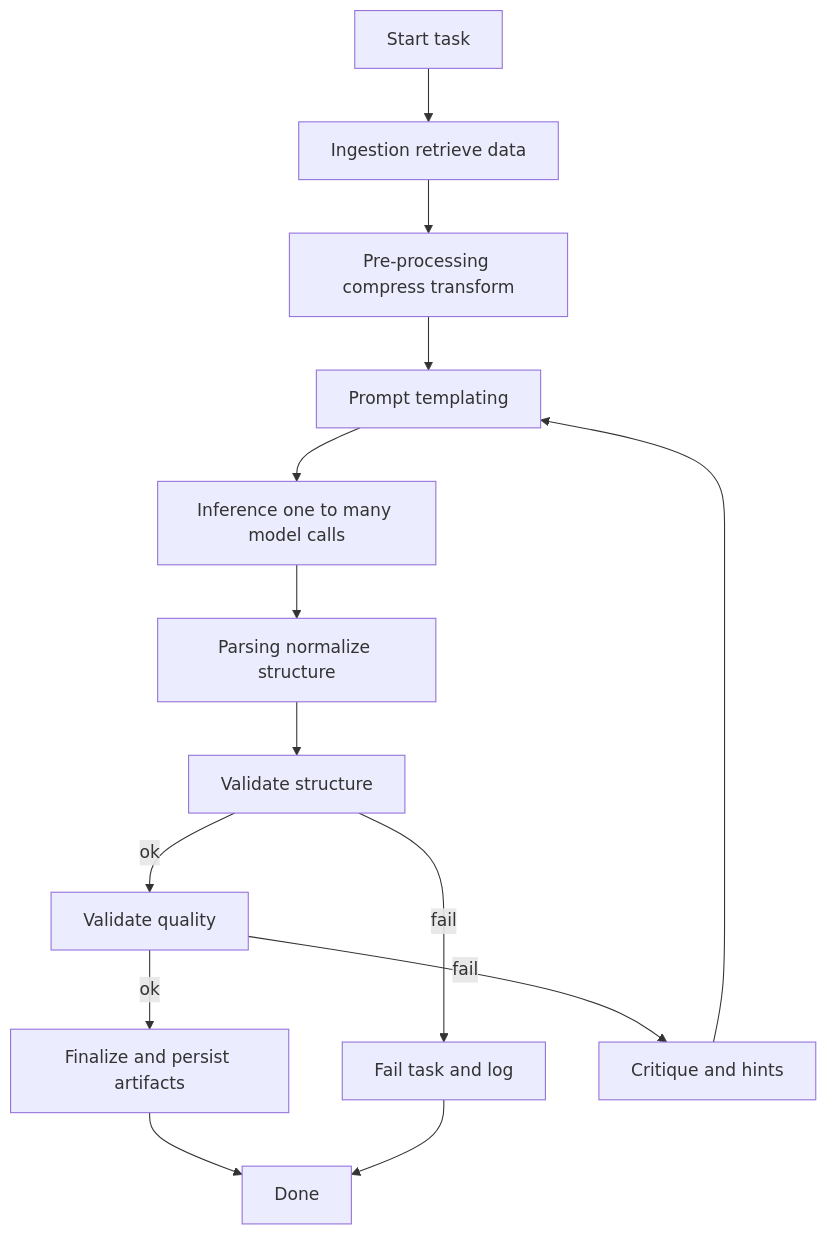
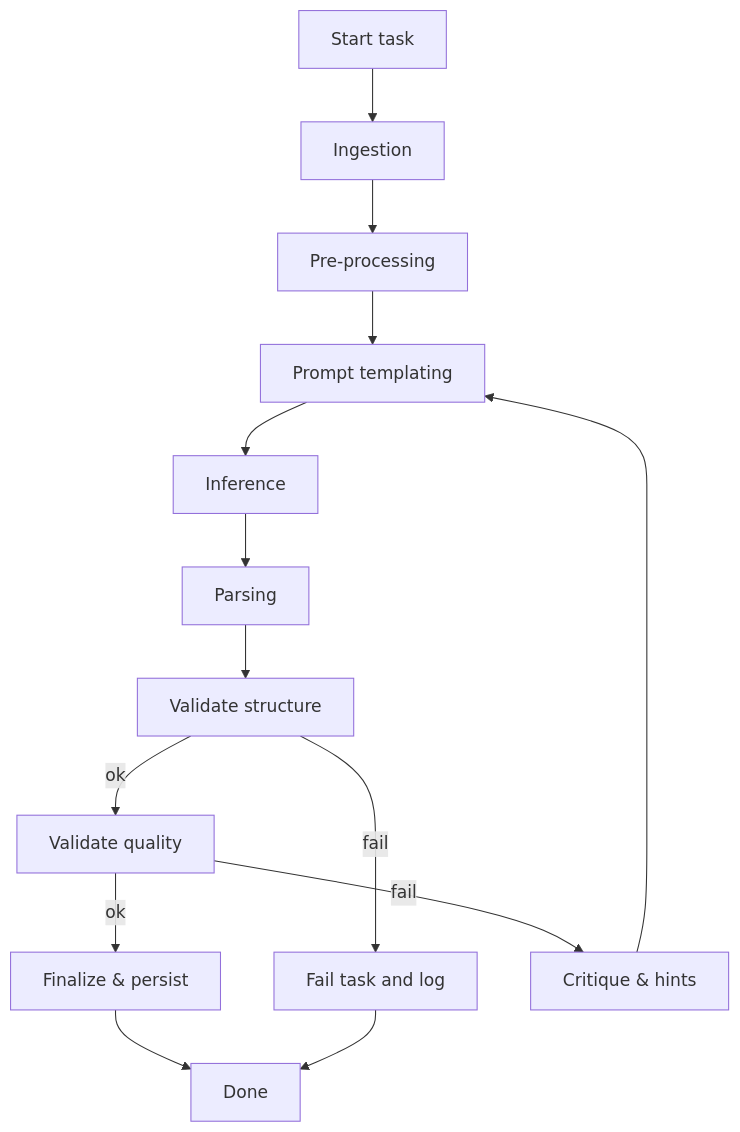
The second of 2 diagrams in README.md (ryan-mahoney/prompt-orchestration-pipeline), drawn with Mermaid before and after one commit. The commit also changed other lines of this file, not shown here.

````diff
--- a/README.md
+++ b/README.md
@@ -97,16 +88,16 @@
 ```mermaid
 flowchart TD
-  S[Start task] --> I1[Ingestion retrieve data]
-  I1 --> P1[Pre-processing compress transform]
+  S[Start task] --> I1[Ingestion]
+  I1 --> P1[Pre‑processing]
   P1 --> T1[Prompt templating]
-  T1 --> INF[Inference one to many model calls]
-  INF --> PAR[Parsing normalize structure]
+  T1 --> INF[Inference]
+  INF --> PAR[Parsing]
   PAR --> VS[Validate structure]
   VS -->|ok| VQ[Validate quality]
   VS -->|fail| ERR[Fail task and log]
-  VQ -->|ok| FIN[Finalize and persist artifacts]
-  VQ -->|fail| HINTS[Critique and hints]
+  VQ -->|ok| FIN[Finalize & persist]
+  VQ -->|fail| HINTS[Critique & hints]
   HINTS --> T1
   FIN --> DONE[Done]
   ERR --> DONE
 ```
````
